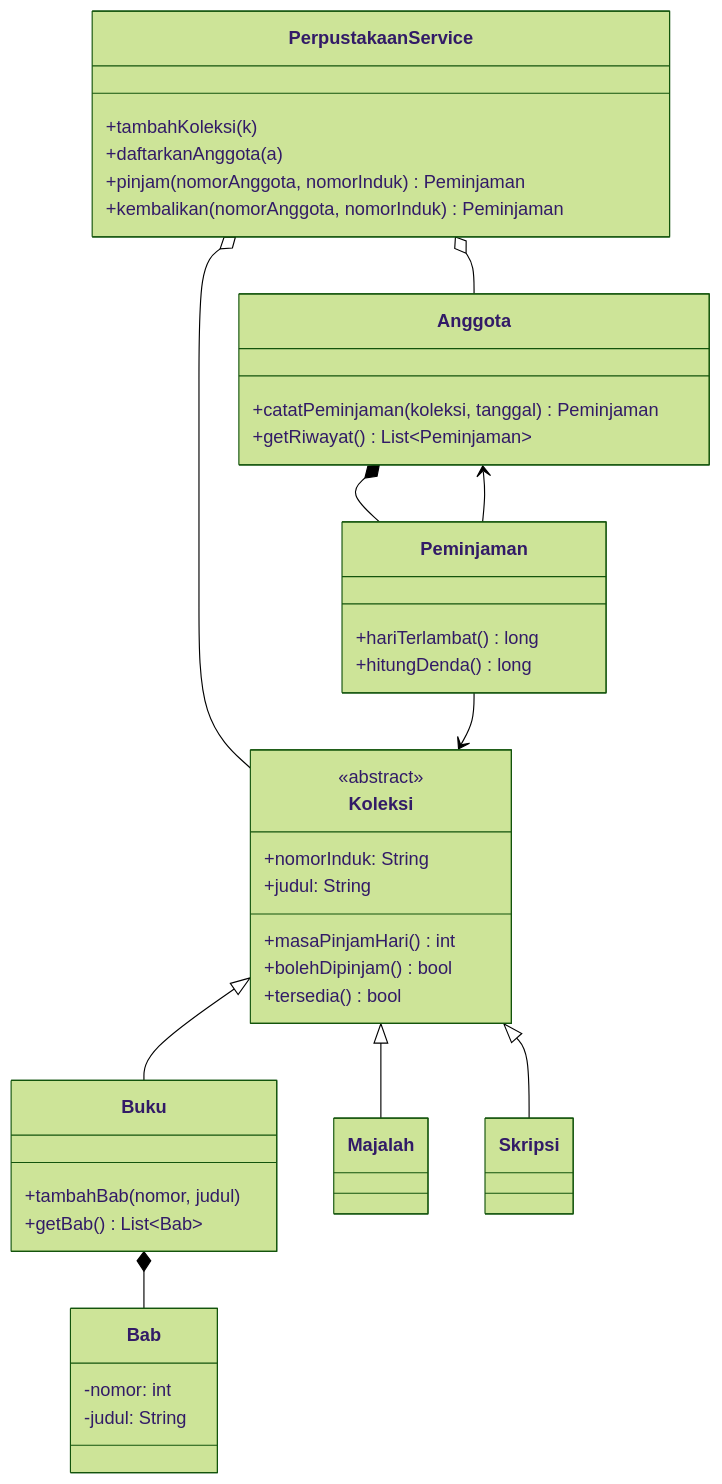
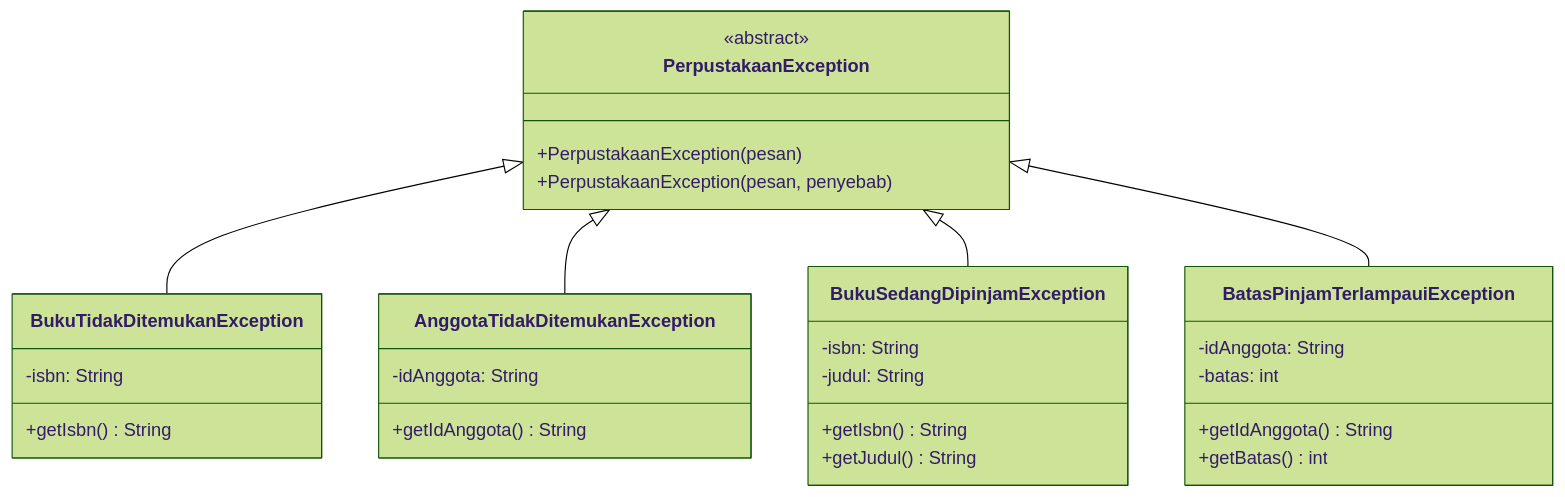
Before and after one commit to muhammadkiro516-netizen/Praktikum-PBO-A-MuhammadSalmanAlFarisi-4525210141: the second of 2 diagrams in README.md, drawn with Mermaid (forest theme). The commit also changed other lines of this file and 38 other files, not shown here.

````diff
--- a/README.md
+++ b/README.md
@@ -65,42 +68,32 @@
 ```mermaid
 classDiagram
-    class Koleksi {
+    class PerpustakaanException {
         <<abstract>>
-        +nomorInduk: String
-        +judul: String
-        +masaPinjamHari() int
-        +bolehDipinjam() bool
-        +tersedia() bool
+        +PerpustakaanException(pesan)
+        +PerpustakaanException(pesan, penyebab)
     }
-    class Buku {
-        +tambahBab(nomor, judul)
-        +getBab() List~Bab~
+    class BukuTidakDitemukanException {
+        -isbn: String
+        +getIsbn() String
     }
-    class Bab {
-        -nomor: int
+    class AnggotaTidakDitemukanException {
+        -idAnggota: String
+        +getIdAnggota() String
+    }
+    class BukuSedangDipinjamException {
+        -isbn: String
         -judul: String
+        +getIsbn() String
+        +getJudul() String
     }
-    class Anggota {
-        +catatPeminjaman(koleksi, tanggal) Peminjaman
-        +getRiwayat() List~Peminjaman~
+    class BatasPinjamTerlampauiException {
+        -idAnggota: String
+        -batas: int
+        +getIdAnggota() String
+        +getBatas() int
     }
-    class Peminjaman {
-        +hariTerlambat() long
-        +hitungDenda() long
-    }
-    class PerpustakaanService {
-        +tambahKoleksi(k)
-        +daftarkanAnggota(a)
-        +pinjam(nomorAnggota, nomorInduk) Peminjaman
-        +kembalikan(nomorAnggota, nomorInduk) Peminjaman
-    }
-    Koleksi <|-- Buku
-    Koleksi <|-- Majalah
-    Koleksi <|-- Skripsi
-    Buku *-- Bab
-    Anggota *-- Peminjaman
-    PerpustakaanService o-- Koleksi
-    PerpustakaanService o-- Anggota
-    Peminjaman --> Koleksi
-    Peminjaman --> Anggota
+    PerpustakaanException <|-- BukuTidakDitemukanException
+    PerpustakaanException <|-- AnggotaTidakDitemukanException
+    PerpustakaanException <|-- BukuSedangDipinjamException
+    PerpustakaanException <|-- BatasPinjamTerlampauiException
 ```
````
